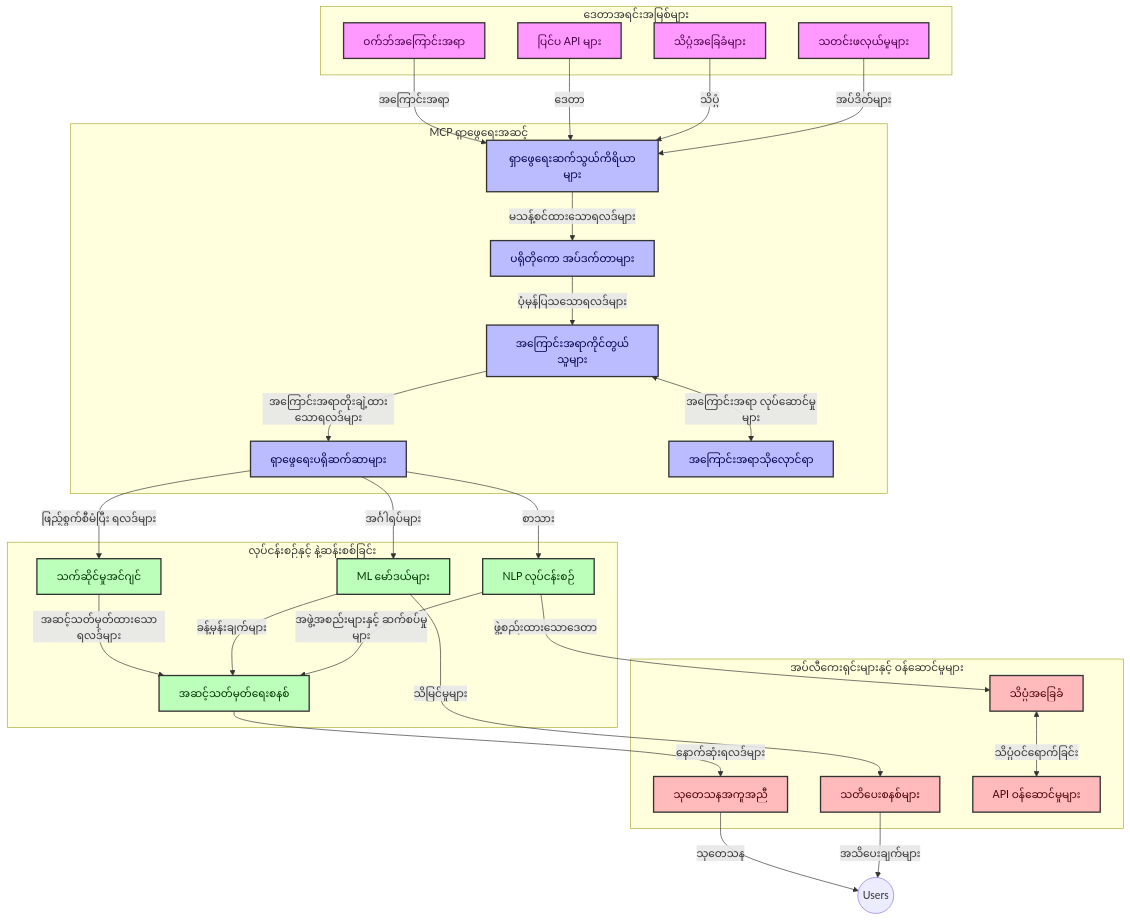
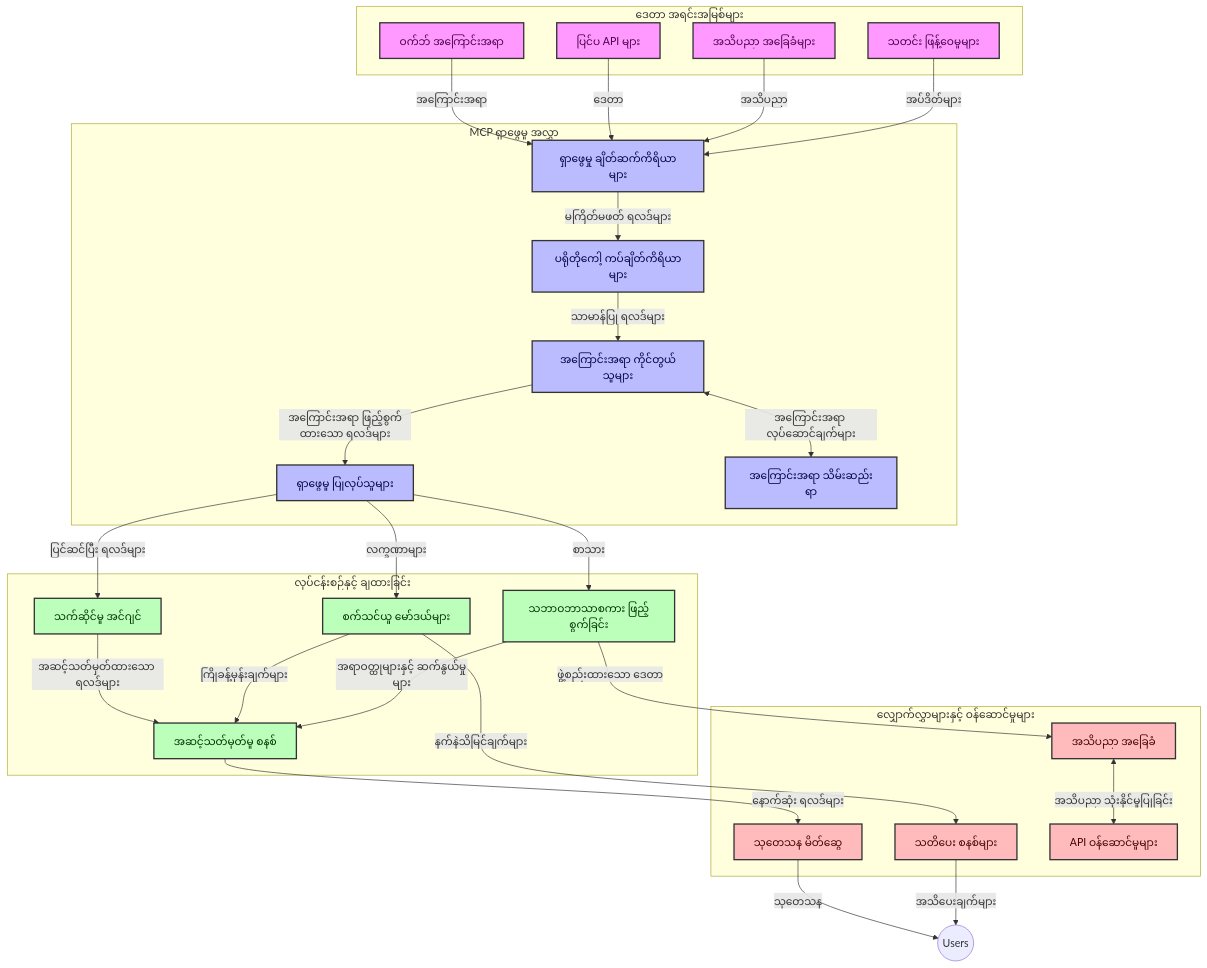
Before and after one commit to microsoft/mcp-for-beginners: the first of 4 diagrams in translations/my/05-AdvancedTopics/mcp-realtimesearch/README.md, drawn with Mermaid. The commit also changed other lines of this file and 132 other files, not shown here.

````diff
--- a/translations/my/05-AdvancedTopics/mcp-realtimesearch/README.md
+++ b/translations/my/05-AdvancedTopics/mcp-realtimesearch/README.md
@@ -109,66 +109,66 @@
 ```mermaid
 graph TD
-    subgraph "ဒေတာအရင်းအမြစ်များ"
-        Web[ဝက်ဘ်အကြောင်းအရာ]
+    subgraph "ဒေတာ အရင်းအမြစ်များ"
+        Web[ဝက်ဘ် အကြောင်းအရာ]
         APIs[ပြင်ပ API များ]
-        DB[သိပ္ပံအခြေခံများ]
-        News[သတင်းဖလှယ်မှုများ]
+        DB[အသိပညာ အခြေခံများ]
+        News[သတင်း ဖြန့်ဝေမှုများ]
     end
 
-    subgraph "MCP ရှာဖွေရေးအဆင့်"
-        SC[ရှာဖွေရေးဆက်သွယ်ကိရိယာများ]
-        PA[ပရိုတိုကော အပ်ဒက်တာများ]
-        CH[အကြောင်းအရာကိုင်တွယ်သူများ]
-        SP[ရှာဖွေရေးပရိုဆက်ဆာများ]
-        CS[အကြောင်းအရာသိုလှောင်ရာ]
+    subgraph "MCP ရှာဖွေမှု အလွှာ"
+        SC[ရှာဖွေမှု ချိတ်ဆက်ကိရိယာများ]
+        PA[ပရိုတိုကေါ့ ကပ်ချိတ်ကိရိယာများ]
+        CH[အကြောင်းအရာ ကိုင်တွယ်သူများ]
+        SP[ရှာဖွေမှု ပြုလုပ်သူများ]
+        CS[အကြောင်းအရာ သိမ်းဆည်းရာ]
     end
 
-    subgraph "လုပ်ငန်းစဉ်နှင့် နဲ့ဆန်းစစ်ခြင်း"
-        RE[သက်ဆိုင်မှုအင်ဂျင်]
-        ML[ML မော်ဒယ်များ]
-        NLP[NLP လုပ်ငန်းစဉ်]
-        Rank[အဆင့်သတ်မှတ်ရေးစနစ်]
+    subgraph "လုပ်ငန်းစဉ်နှင့် ချထားခြင်း"
+        RE[သက်ဆိုင်မှု အင်ဂျင်]
+        ML[စက်သင်ယူ မော်ဒယ်များ]
+        NLP[သဘာဝဘာသာစကား ဖြည့်စွက်ခြင်း]
+        Rank[အဆင့်သတ်မှတ်မှု စနစ်]
     end
 
-    subgraph "အပ်လီကေးရှင်းများနှင့် ဝန်ဆောင်မှုများ"
-        RA[သုတေသနအကူအညီ]
-        Alerts[သတိပေးစနစ်များ]
-        KB[သိပ္ပံအခြေခံ]
+    subgraph "လျှောက်လွှာများနှင့် ဝန်ဆောင်မှုများ"
+        RA[သုတေသန မိတ်ဆွေ]
+        Alerts[သတိပေး စနစ်များ]
+        KB[အသိပညာ အခြေခံ]
         API[API ဝန်ဆောင်မှုများ]
     end
 
     Web -->|အကြောင်းအရာ| SC
     APIs -->|ဒေတာ| SC
-    DB -->|သိပ္ပံ| SC
+    DB -->|အသိပညာ| SC
     News -->|အပ်ဒိတ်များ| SC
     
-    SC -->|မသန့်စင်ထားသောရလဒ်များ| PA
-    PA -->|ပုံမှန်ပြသသောရလဒ်များ| CH
-    CH <-->|အကြောင်းအရာ လုပ်ဆောင်မှုများ| CS
-    CH -->|အကြောင်းအရာတိုးချဲ့ထားသောရလဒ်များ| SP
-    SP -->|ဖြည့်စွက်စီမံပြီး ရလဒ်များ| RE
-    SP -->|အင်္ဂါရပ်များ| ML
+    SC -->|မကြိတ်မဖတ် ရလဒ်များ| PA
+    PA -->|သာမာန်ပြု ရလဒ်များ| CH
+    CH <-->|အကြောင်းအရာ လုပ်ဆောင်ချက်များ| CS
+    CH -->|အကြောင်းအရာ ဖြည့်စွက်ထားသော ရလဒ်များ| SP
+    SP -->|ပြင်ဆင်ပြီး ရလဒ်များ| RE
+    SP -->|လက္ခဏာများ| ML
     SP -->|စာသား| NLP
     
-    RE -->|အဆင့်သတ်မှတ်ထားသောရလဒ်များ| Rank
-    ML -->|ခန့်မှန်းချက်များ| Rank
-    NLP -->|အဖွဲ့အစည်းများနှင့် ဆက်စပ်မှုများ| Rank
+    RE -->|အဆင့်သတ်မှတ်ထားသော ရလဒ်များ| Rank
+    ML -->|ကြိုခန့်မှန်းချက်များ| Rank
+    NLP -->|အရာဝတ္ထုများနှင့် ဆက်နွယ်မှုများ| Rank
     
-    Rank -->|နောက်ဆုံးရလဒ်များ| RA
-    ML -->|သိမြင်မှုများ| Alerts
-    NLP -->|ဖွဲ့စည်းထားသောဒေတာ| KB
+    Rank -->|နောက်ဆုံး ရလဒ်များ| RA
+    ML -->|နက်နဲသိမြင်ချက်များ| Alerts
+    NLP -->|ဖွဲ့စည်းထားသော ဒေတာ| KB
     
     RA -->|သုတေသန| Users((Users))
     Alerts -->|အသိပေးချက်များ| Users
-    KB <-->|သိပ္ပံဝင်ရောက်ခြင်း| API
+    KB <-->|အသိပညာ သုံးနိုင်မှုပြုခြင်း| API
 
     classDef sources fill:#f9f,stroke:#333,stroke-width:2px,color:#4a004a
     classDef mcp fill:#bbf,stroke:#333,stroke-width:2px,color:#00004a
     classDef processing fill:#bfb,stroke:#333,stroke-width:2px,color:#003300
     classDef apps fill:#fbb,stroke:#333,stroke-width:2px,color:#4a0000
     
     class Web,APIs,DB,News sources
     class SC,PA,CH,SP,CS mcp
     class RE,ML,NLP,Rank processing
     class RA,Alerts,KB,API apps
 ```
````
